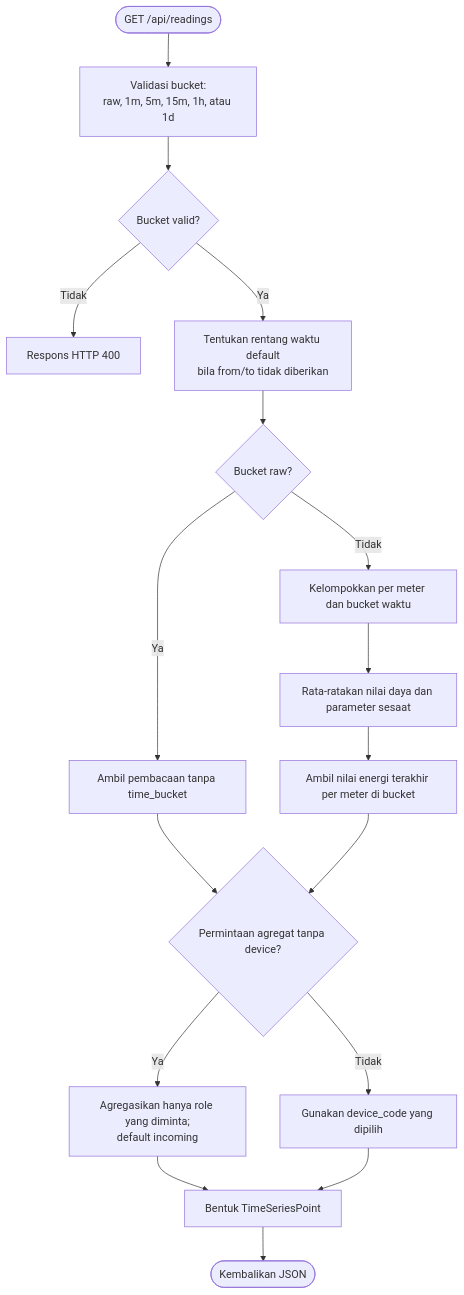
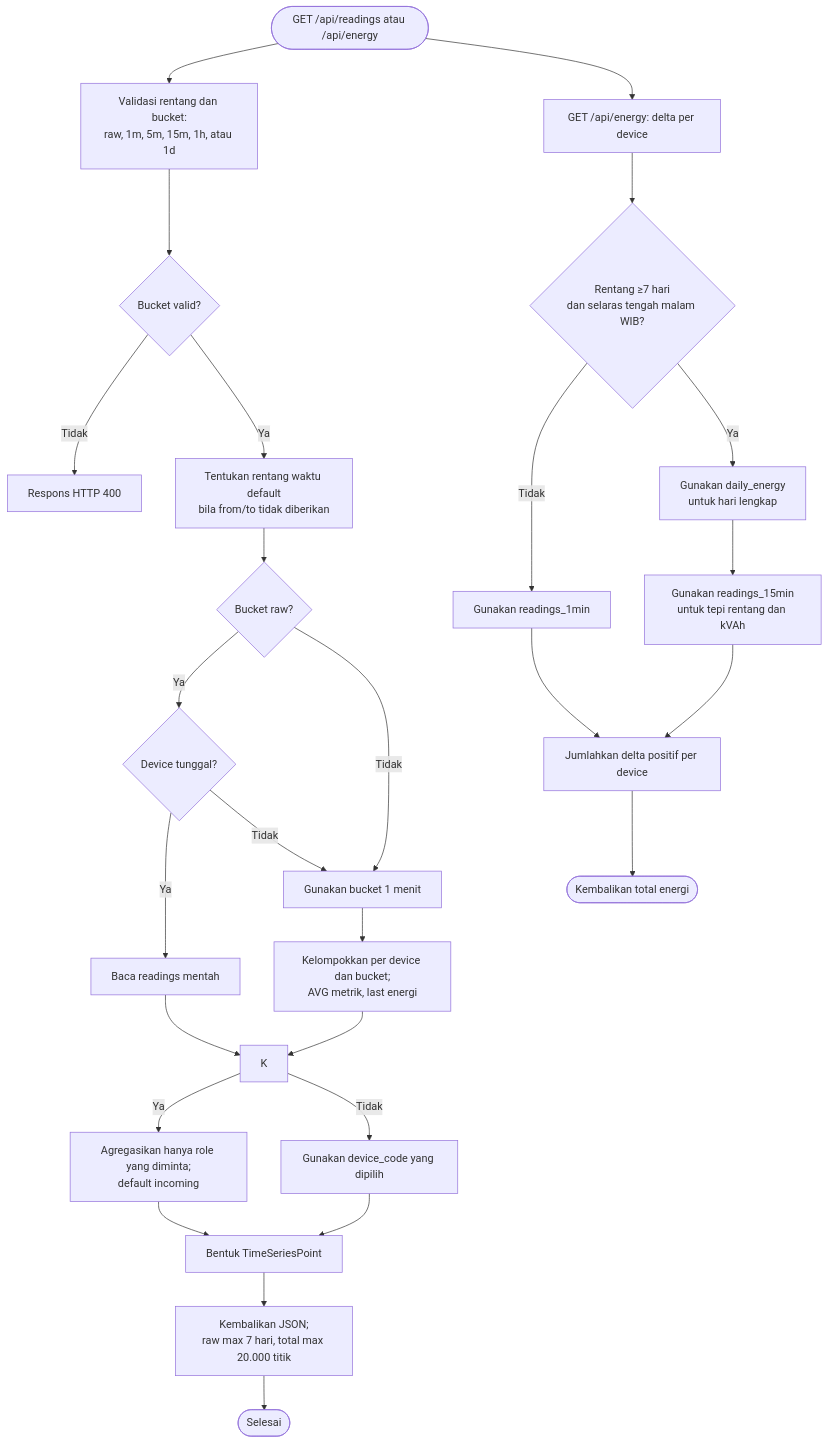
The sixth of 7 diagrams in docs/program-flowchart.md (etbimm/energy-monitoring-system), drawn with Mermaid before and after one commit. The commit also changed other lines of this file and 59 other files, not shown here.

Commit message:
1. Update addressing parameter power meter 2. Fixing bug 3. Update flowchart & diagram blok

````diff
--- a/docs/program-flowchart.md
+++ b/docs/program-flowchart.md
@@ -230,19 +266,30 @@
 ```mermaid
 flowchart TD
-    A([GET /api/readings]) --> B[Validasi bucket:<br/>raw, 1m, 5m, 15m, 1h, atau 1d]
+    A([GET /api/readings atau /api/energy]) --> B[Validasi rentang dan bucket:<br/>raw, 1m, 5m, 15m, 1h, atau 1d]
     B --> C{Bucket valid?}
     C -- Tidak --> D[Respons HTTP 400]
     C -- Ya --> E[Tentukan rentang waktu default<br/>bila from/to tidak diberikan]
     E --> F{Bucket raw?}
-    F -- Ya --> G[Ambil pembacaan tanpa time_bucket]
-    F -- Tidak --> H[Kelompokkan per meter dan bucket waktu]
-    H --> I[Rata-ratakan nilai daya dan parameter sesaat]
-    I --> J[Ambil nilai energi terakhir per meter di bucket]
-    G --> K{Permintaan agregat tanpa device?}
+    F -- Ya --> G{Device tunggal?}
+    G -- Ya --> H[Baca readings mentah]
+    G -- Tidak --> I[Gunakan bucket 1 menit]
+    F -- Tidak --> I
+    I --> J[Kelompokkan per device dan bucket;<br/>AVG metrik, last energi]
     J --> K
+    H --> K
     K -- Ya --> L[Agregasikan hanya role yang diminta;<br/>default incoming]
     K -- Tidak --> M[Gunakan device_code yang dipilih]
     L --> N[Bentuk TimeSeriesPoint]
     M --> N
-    N --> O([Kembalikan JSON])
+    N --> O[Kembalikan JSON;<br/>raw max 7 hari, total max 20.000 titik]
+    O --> P([Selesai])
+
+    A --> Q[GET /api/energy: delta per device]
+    Q --> R{Rentang ≥7 hari<br/>dan selaras tengah malam WIB?}
+    R -- Tidak --> S[Gunakan readings_1min]
+    R -- Ya --> T[Gunakan daily_energy<br/>untuk hari lengkap]
+    T --> U[Gunakan readings_15min<br/>untuk tepi rentang dan kVAh]
+    S --> V[Jumlahkan delta positif per device]
+    U --> V
+    V --> W([Kembalikan total energi])
 ```
````
